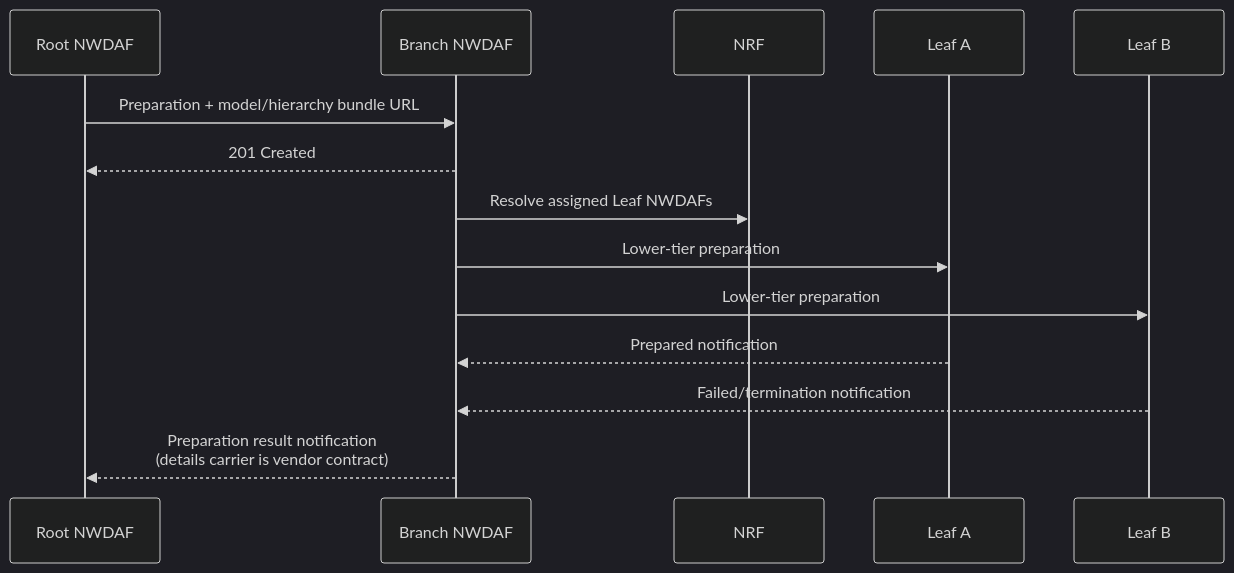
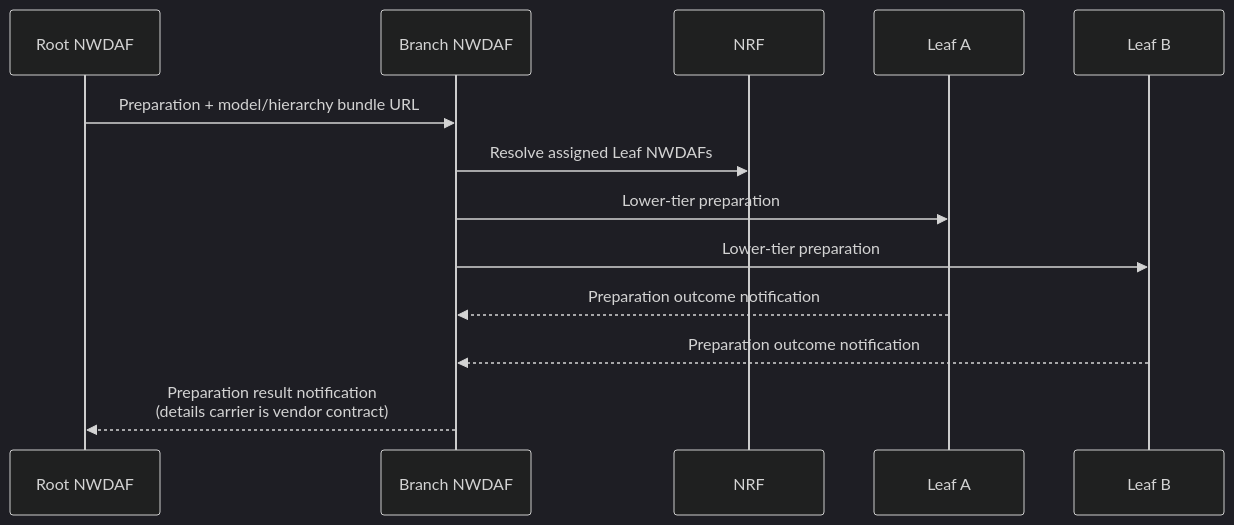
The second of 2 diagrams in docs/proposals/nwdaf/hierarchical-federated-learning/proposal_draft.md (ChingJe/nwdaf-docs), drawn with Mermaid (dark theme) before and after one commit. The commit also changed other lines of this file, not shown here.

Commit message:
docs: clarify hierarchical FL preparation flow

````diff
--- a/docs/proposals/nwdaf/hierarchical-federated-learning/proposal_draft.md
+++ b/docs/proposals/nwdaf/hierarchical-federated-learning/proposal_draft.md
@@ -228,17 +281,16 @@
 ```mermaid
 sequenceDiagram
     participant ROOT as Root NWDAF
     participant BRANCH as Branch NWDAF
     participant NRF
     participant A as Leaf A
     participant B as Leaf B
 
     ROOT->>BRANCH: Preparation + model/hierarchy bundle URL
-    BRANCH-->>ROOT: 201 Created
     BRANCH->>NRF: Resolve assigned Leaf NWDAFs
     BRANCH->>A: Lower-tier preparation
     BRANCH->>B: Lower-tier preparation
-    A-->>BRANCH: Prepared notification
-    B-->>BRANCH: Failed/termination notification
+    A-->>BRANCH: Preparation outcome notification
+    B-->>BRANCH: Preparation outcome notification
     BRANCH-->>ROOT: Preparation result notification<br/>(details carrier is vendor contract)
 ```
````
